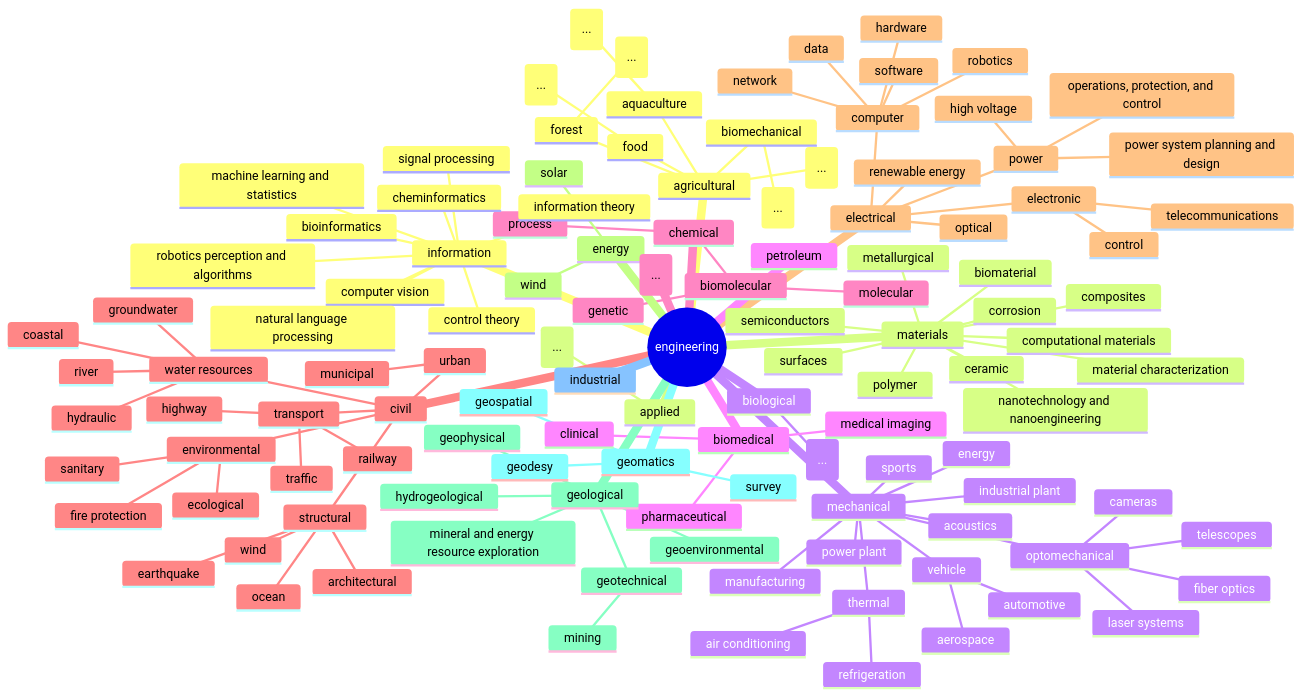
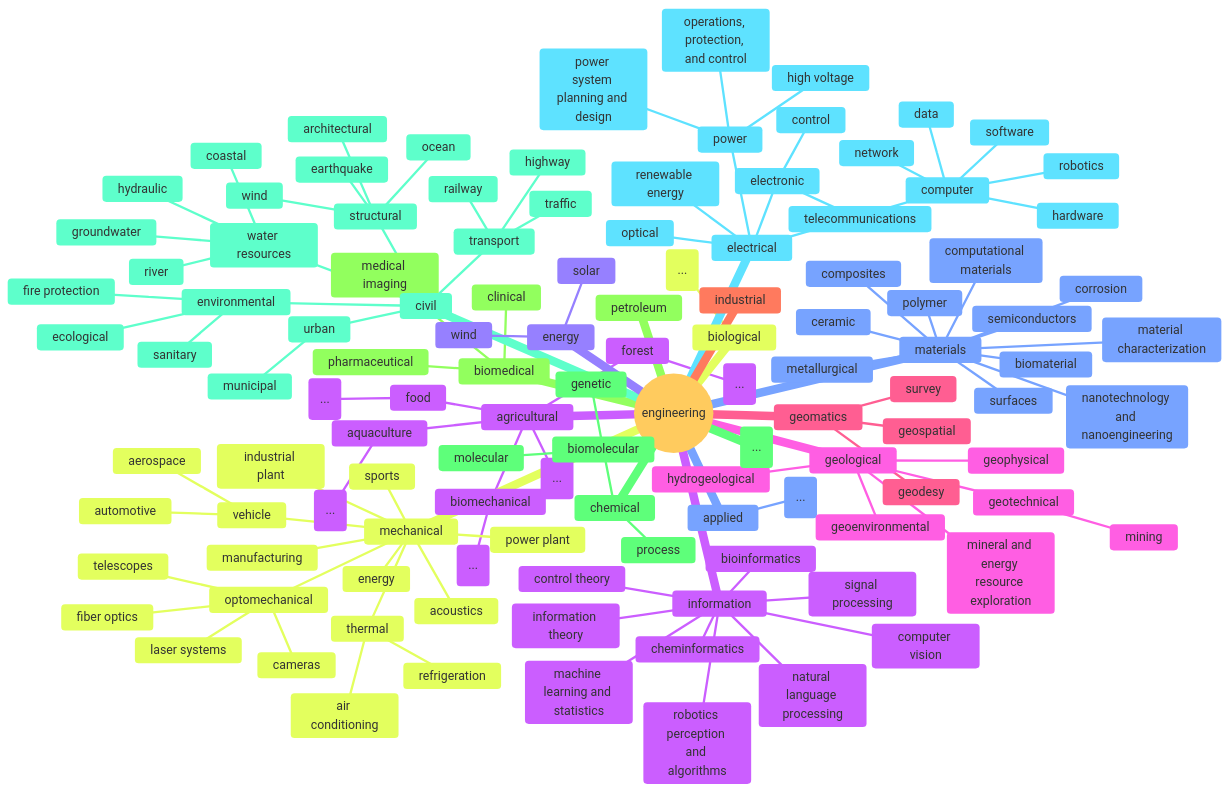
Before and after one commit to nimbinatus/taxonomy: the sixth of 8 diagrams in docs/full_taxonomy.md, drawn with Mermaid. The commit also changed other lines of this file, not shown here.

Commit message:
style(mermaid): clean up diagrams

````diff
--- a/docs/full_taxonomy.md
+++ b/docs/full_taxonomy.md
@@ -147,4 +183,12 @@
 ```mermaid
+---
+title: Engineering
+config:
+    fontSize: 8
+    theme: base
+    mindmap:
+        maxNodeWidth: 100
+---
 mindmap
     root((engineering))
         agricultural
````
